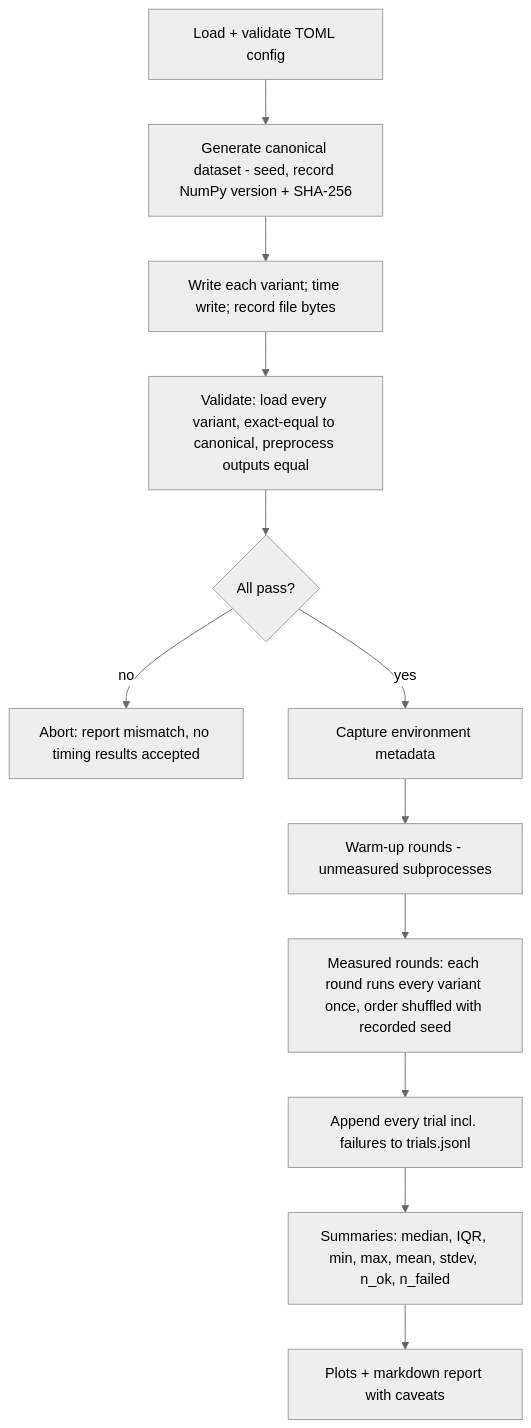
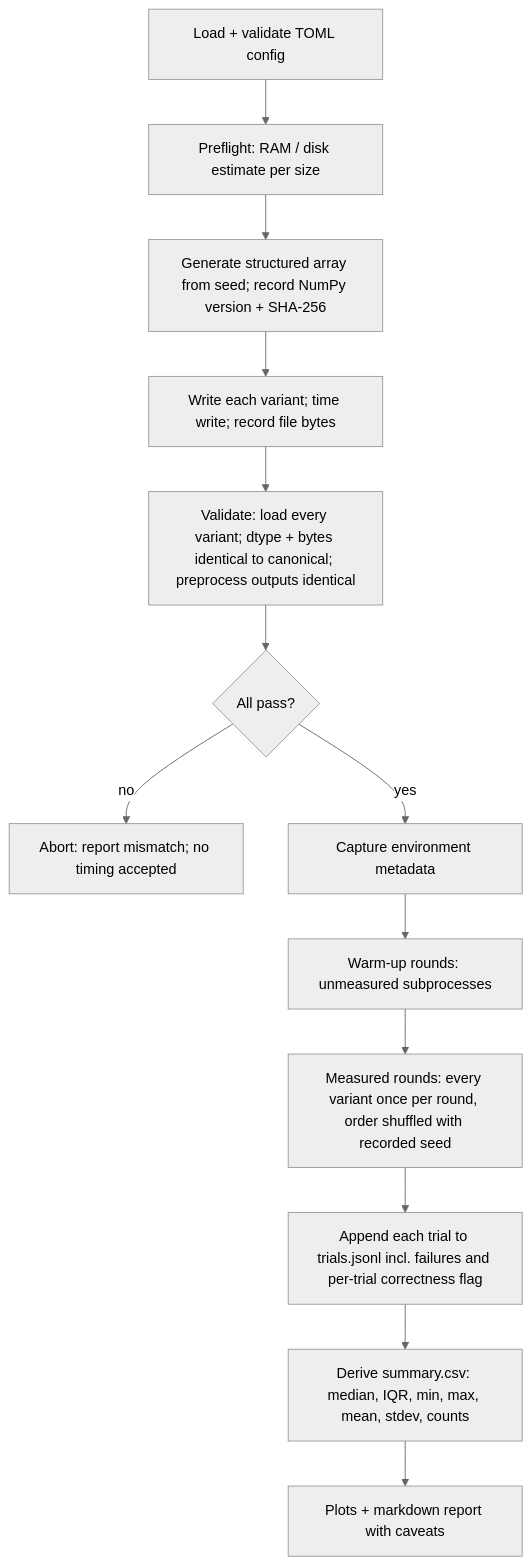
One commit to vishnu97770/Scientific_Data_Performance_Lab changed the second of 2 diagrams in docs/architecture/PROPOSAL.md. Above: the diagram before and after it, drawn with Mermaid (neutral theme). The commit also changed other lines of this file and 97 other files, not shown here.

````diff
--- a/docs/architecture/PROPOSAL.md
+++ b/docs/architecture/PROPOSAL.md
@@ -69,14 +76,15 @@
 ```mermaid
 flowchart TD
-    A[Load + validate TOML config] --> B[Generate canonical dataset - seed, record NumPy version + SHA-256]
-    B --> C[Write each variant; time write; record file bytes]
-    C --> D[Validate: load every variant, exact-equal to canonical, preprocess outputs equal]
-    D --> E{All pass?}
-    E -- no --> F[Abort: report mismatch, no timing results accepted]
-    E -- yes --> G[Capture environment metadata]
-    G --> H[Warm-up rounds - unmeasured subprocesses]
-    H --> I[Measured rounds: each round runs every variant once, order shuffled with recorded seed]
-    I --> J[Append every trial incl. failures to trials.jsonl]
-    J --> K[Summaries: median, IQR, min, max, mean, stdev, n_ok, n_failed]
-    K --> L[Plots + markdown report with caveats]
+    A[Load + validate TOML config] --> B[Preflight: RAM / disk estimate per size]
+    B --> C[Generate structured array from seed; record NumPy version + SHA-256]
+    C --> D[Write each variant; time write; record file bytes]
+    D --> E[Validate: load every variant; dtype + bytes identical to canonical; preprocess outputs identical]
+    E --> F{All pass?}
+    F -- no --> G[Abort: report mismatch; no timing accepted]
+    F -- yes --> H[Capture environment metadata]
+    H --> I[Warm-up rounds: unmeasured subprocesses]
+    I --> J[Measured rounds: every variant once per round, order shuffled with recorded seed]
+    J --> K[Append each trial to trials.jsonl incl. failures and per-trial correctness flag]
+    K --> L[Derive summary.csv: median, IQR, min, max, mean, stdev, counts]
+    L --> M[Plots + markdown report with caveats]
 ```
````
